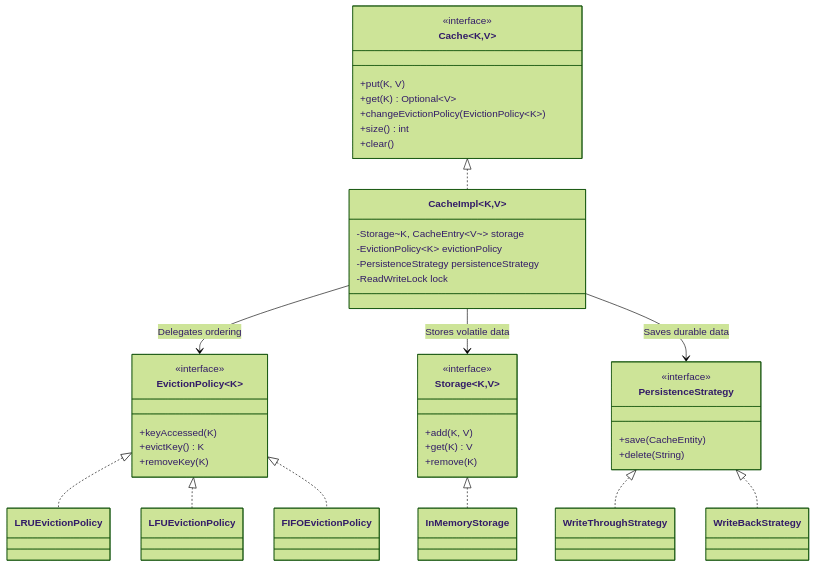
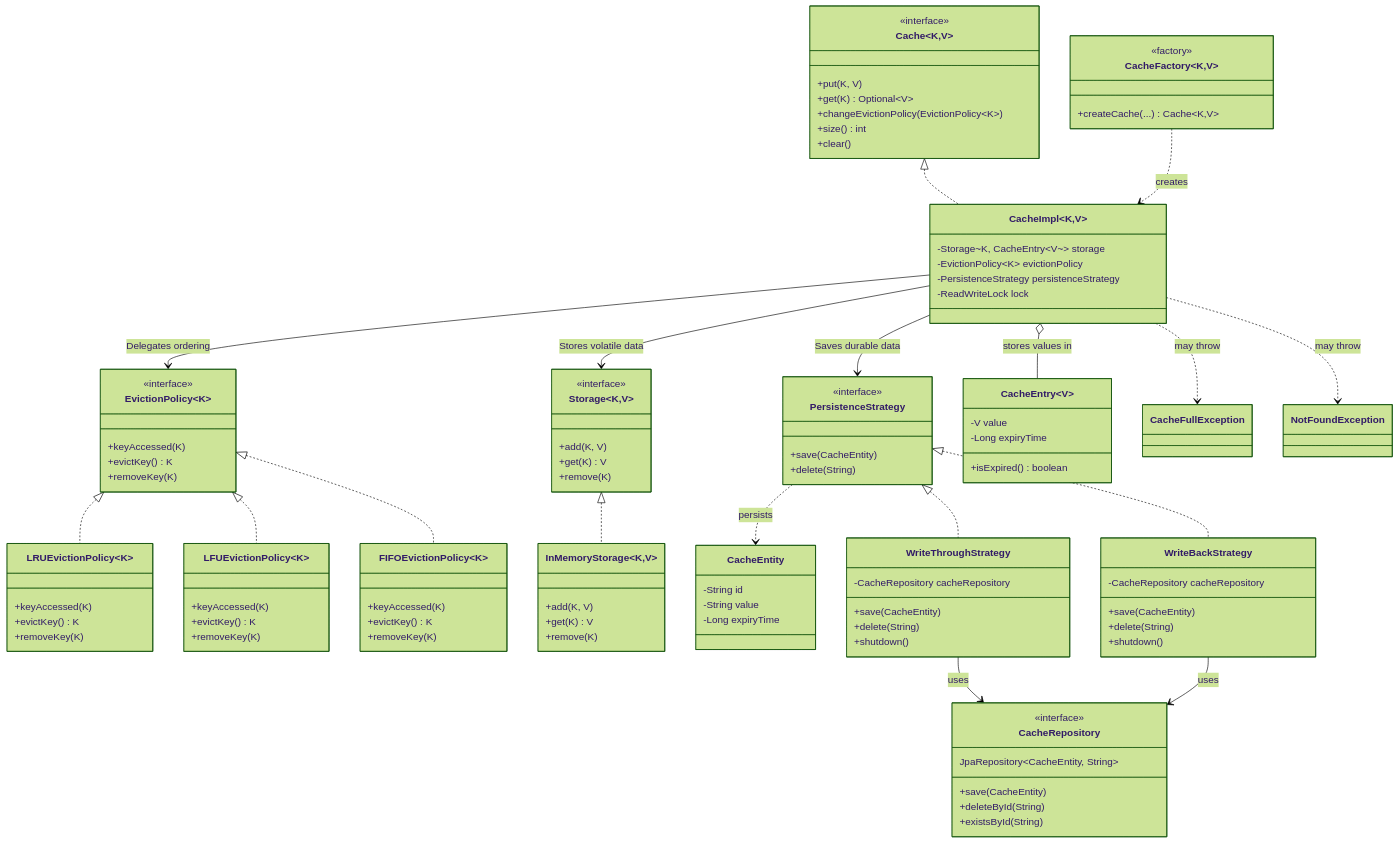
The first of 3 diagrams in src/main/java/com/springmicroservice/lowleveldesignproblems/cachesystem/README.md (Prakhar-FF13/Low-Level-Design), drawn with Mermaid (forest theme) before and after one commit. The commit also changed 6 other files, not shown here.

Commit message:
feat: Enhance low-level design documentation with new class diagrams for ATM, Bookmyshow, Cache System, Cricbuzz, Parking Lot, Route Handler, and Rule Engine, including additional classes and relationships for improved clarity.

````diff
--- a/src/main/java/com/springmicroservice/lowleveldesignproblems/cachesystem/README.md
+++ b/src/main/java/com/springmicroservice/lowleveldesignproblems/cachesystem/README.md
@@ -53,6 +53,23 @@
         -EvictionPolicy~K~ evictionPolicy
         -PersistenceStrategy persistenceStrategy
         -ReadWriteLock lock
+    }
+
+    class CacheEntry~V~ {
+        -V value
+        -Long expiryTime
+        +isExpired() boolean
+    }
+
+    class CacheEntity {
+        -String id
+        -String value
+        -Long expiryTime
+    }
+
+    class CacheFactory~K,V~ {
+        <<factory>>
+        +createCache(...) Cache~K,V~
     }
 
     class EvictionPolicy~K~ {
@@ -75,11 +92,54 @@
         +delete(String)
     }
 
+    class CacheFullException
+    class NotFoundException
+
     Cache <|.. CacheImpl
     CacheImpl --> EvictionPolicy : Delegates ordering
     CacheImpl --> Storage : Stores volatile data
     CacheImpl --> PersistenceStrategy : Saves durable data
+    CacheImpl o-- CacheEntry : stores values in
+    PersistenceStrategy ..> CacheEntity : persists
     
+    class LRUEvictionPolicy~K~ {
+        +keyAccessed(K)
+        +evictKey() K
+        +removeKey(K)
+    }
+
+    class LFUEvictionPolicy~K~ {
+        +keyAccessed(K)
+        +evictKey() K
+        +removeKey(K)
+    }
+
+    class FIFOEvictionPolicy~K~ {
+        +keyAccessed(K)
+        +evictKey() K
+        +removeKey(K)
+    }
+
+    class InMemoryStorage~K,V~ {
+        +add(K, V)
+        +get(K) V
+        +remove(K)
+    }
+
+    class WriteThroughStrategy {
+        -CacheRepository cacheRepository
+        +save(CacheEntity)
+        +delete(String)
+        +shutdown()
+    }
+
+    class WriteBackStrategy {
+        -CacheRepository cacheRepository
+        +save(CacheEntity)
+        +delete(String)
+        +shutdown()
+    }
+
     EvictionPolicy <|.. LRUEvictionPolicy
     EvictionPolicy <|.. LFUEvictionPolicy
     EvictionPolicy <|.. FIFOEvictionPolicy
@@ -88,4 +148,19 @@
     
     PersistenceStrategy <|.. WriteThroughStrategy
     PersistenceStrategy <|.. WriteBackStrategy
+
+    CacheFactory ..> CacheImpl : creates
+    CacheImpl ..> CacheFullException : may throw
+    CacheImpl ..> NotFoundException : may throw
+
+    class CacheRepository {
+        <<interface>>
+        JpaRepository~CacheEntity, String~
+        +save(CacheEntity)
+        +deleteById(String)
+        +existsById(String)
+    }
+
+    WriteThroughStrategy --> CacheRepository : uses
+    WriteBackStrategy --> CacheRepository : uses
 ```
````
